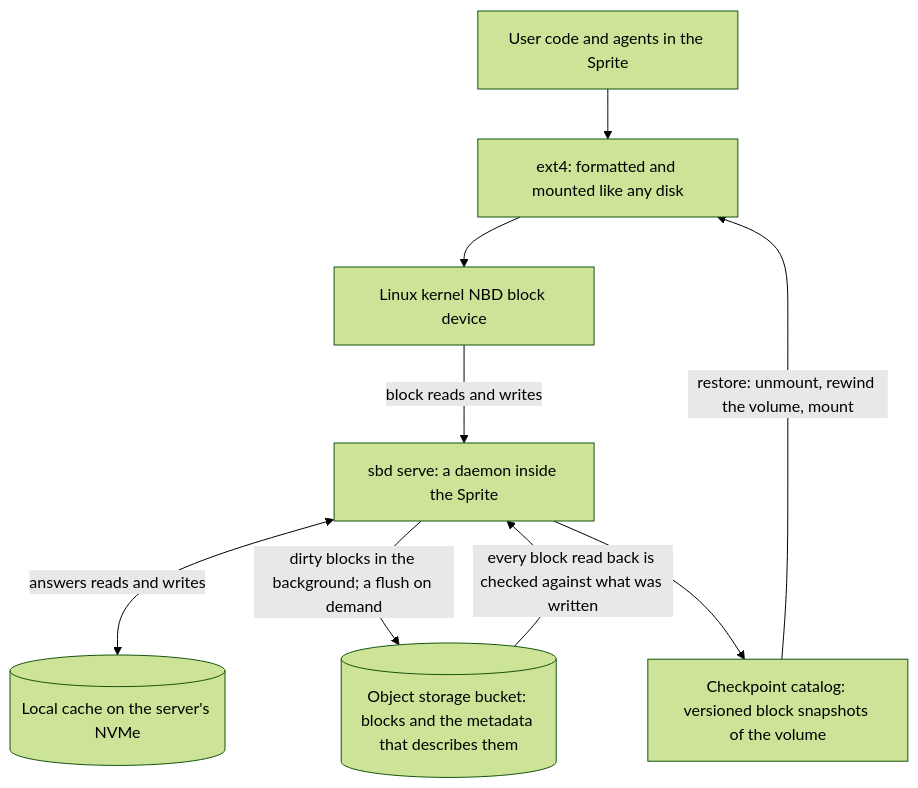
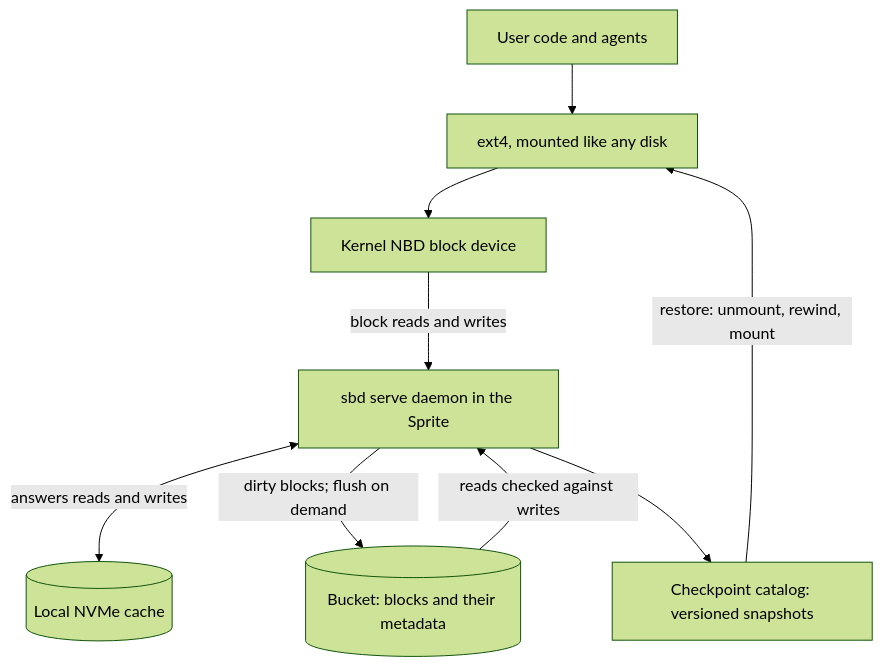
The first of 2 diagrams in content/explainers/infrastructure-cloud/fly-io-sbd.md (nayan9229/hastcode), drawn with Mermaid (forest theme) before and after one commit. The commit also changed other lines of this file and 21 other files, not shown here.

````diff
--- a/content/explainers/infrastructure-cloud/fly-io-sbd.md
+++ b/content/explainers/infrastructure-cloud/fly-io-sbd.md
@@ -38,12 +38,12 @@
 ```mermaid
 %% title: How a Sprite's disk reaches object storage under SBD (redrawn from Fly.io's description)
 flowchart TD
-  User["User code and agents in the Sprite"] --> Ext4["ext4: formatted and mounted like any disk"]
-  Ext4 --> NBD["Linux kernel NBD block device"]
-  NBD -->|"block reads and writes"| Serve["sbd serve: a daemon inside the Sprite"]
-  Serve <-->|"answers reads and writes"| Cache[("Local cache on the server's NVMe")]
-  Serve -->|"dirty blocks in the background; a flush on demand"| Bucket[("Object storage bucket: blocks and the metadata that describes them")]
-  Bucket -->|"every block read back is checked against what was written"| Serve
-  Serve --> Catalog["Checkpoint catalog: versioned block snapshots of the volume"]
-  Catalog -->|"restore: unmount, rewind the volume, mount"| Ext4
+  User["User code and agents"] --> Ext4["ext4, mounted like any disk"]
+  Ext4 --> NBD["Kernel NBD block device"]
+  NBD -->|"block reads and writes"| Serve["sbd serve daemon in the Sprite"]
+  Serve <-->|"answers reads and writes"| Cache[("Local NVMe cache")]
+  Serve -->|"dirty blocks; flush on demand"| Bucket[("Bucket: blocks and their metadata")]
+  Bucket -->|"reads checked against writes"| Serve
+  Serve --> Catalog["Checkpoint catalog: versioned snapshots"]
+  Catalog -->|"restore: unmount, rewind, mount"| Ext4
 ```
````
